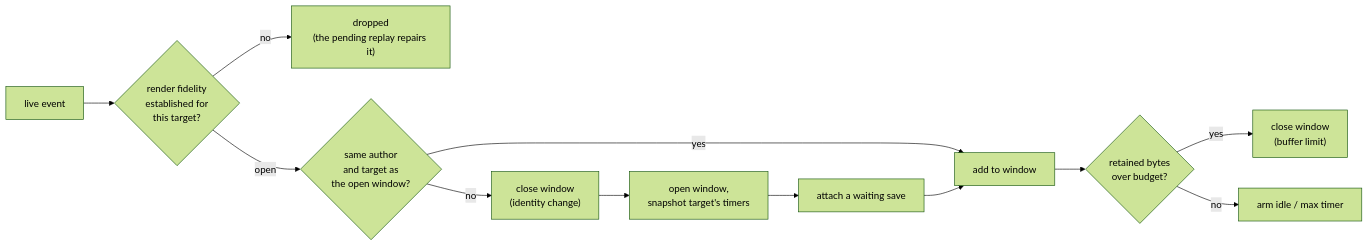
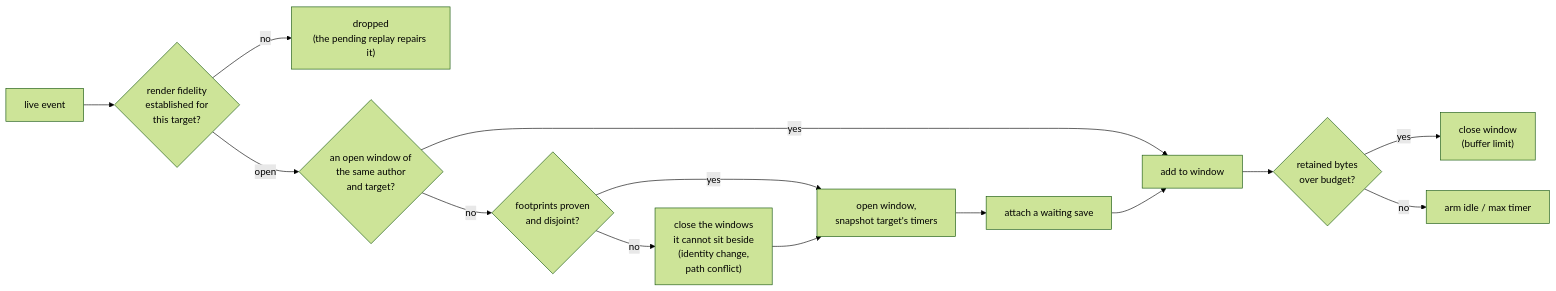
One commit to ConfigButler/gitops-reverser changed the seventh of 12 diagrams in docs/design/event-pipeline-overview.md. Above: the diagram before and after it, drawn with Mermaid (forest theme). The commit also changed 17 other files, not shown here.

First line of the commit message:
fix(git): close the gaps the second review of concurrent windows found (#470)

````diff
--- a/docs/design/event-pipeline-overview.md
+++ b/docs/design/event-pipeline-overview.md
@@ -274,12 +274,14 @@
 ```mermaid
 flowchart LR
     E["live event"] --> G{"render fidelity<br/>established for<br/>this target?"}
     G -- "no" --> DROP["dropped<br/>(the pending replay repairs it)"]
-    G -- "open" --> CAN{"same author<br/>and target as<br/>the open window?"}
-    CAN -- "no" --> FIN1["close window<br/>(identity change)"] --> NEW
+    G -- "open" --> CAN{"an open window of<br/>the same author<br/>and target?"}
     CAN -- "yes" --> ADD["add to window"]
+    CAN -- "no" --> PROVE{"footprints proven<br/>and disjoint?"}
+    PROVE -- "yes" --> NEW
+    PROVE -- "no" --> FIN1["close the windows<br/>it cannot sit beside<br/>(identity change,<br/>path conflict)"] --> NEW
     NEW["open window,<br/>snapshot target's timers"] --> ATT["attach a waiting save"] --> ADD
     ADD --> CAP{"retained bytes<br/>over budget?"}
     CAP -- "yes" --> FIN2["close window<br/>(buffer limit)"]
     CAP -- "no" --> ARM["arm idle / max timer"]
 ```
````
